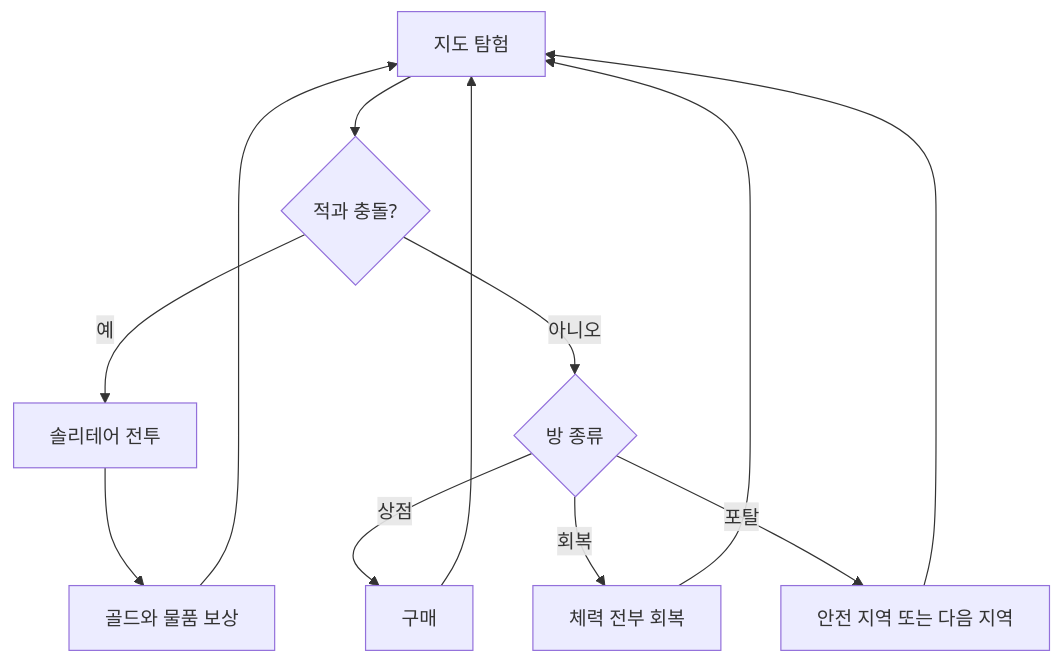
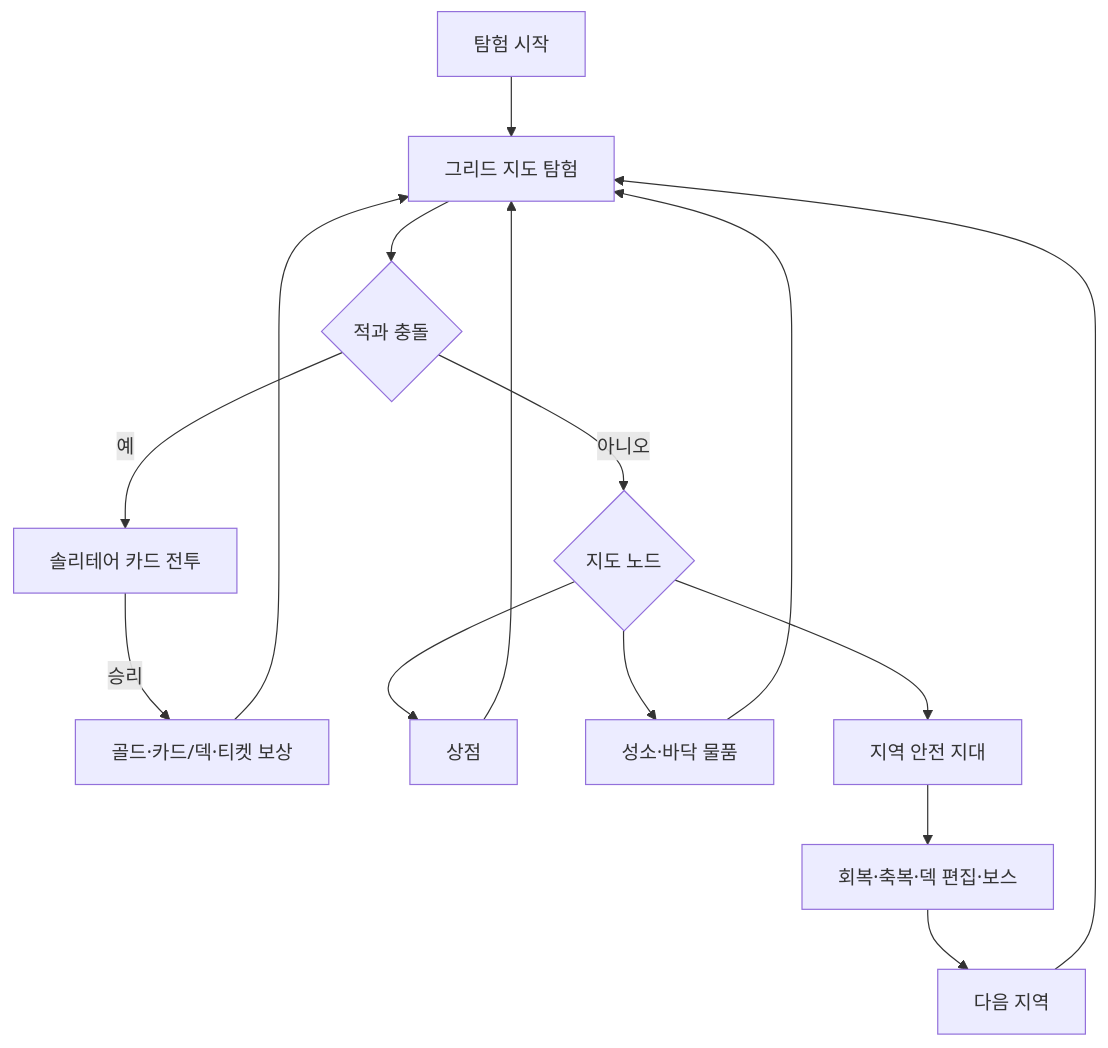
Before and after one commit to dhwangdo/down-to-the-stars: the diagram in docs/GAME_DESIGN.md, drawn with Mermaid. The commit also changed other lines of this file and 27 other files, not shown here.

````diff
--- a/docs/GAME_DESIGN.md
+++ b/docs/GAME_DESIGN.md
@@ -7,14 +9,17 @@
 ```mermaid
 flowchart TD
-  Map["지도 탐험"] --> Collision{"적과 충돌?"}
-  Collision -->|예| Battle["솔리테어 전투"]
-  Collision -->|아니오| Room{"방 종류"}
-  Room -->|상점| Shop["구매"]
-  Room -->|회복| Heal["체력 전부 회복"]
-  Room -->|포탈| Safe["안전 지역 또는 다음 지역"]
-  Battle --> Reward["골드와 물품 보상"]
+  Start["탐험 시작"] --> Map["그리드 지도 탐험"]
+  Map --> Enemy{"적과 충돌"}
+  Enemy -->|예| Battle["솔리테어 카드 전투"]
+  Battle -->|승리| Reward["골드·카드/덱·티켓 보상"]
   Reward --> Map
+  Enemy -->|아니오| Node{"지도 노드"}
+  Node --> Shop["상점"]
+  Node --> Shrine["성소·바닥 물품"]
+  Node --> Portal["지역 안전 지대"]
   Shop --> Map
-  Heal --> Map
-  Safe --> Map
+  Shrine --> Map
+  Portal --> Safe["회복·축복·덱 편집·보스"]
+  Safe --> Next["다음 지역"]
+  Next --> Map
 ```
````
